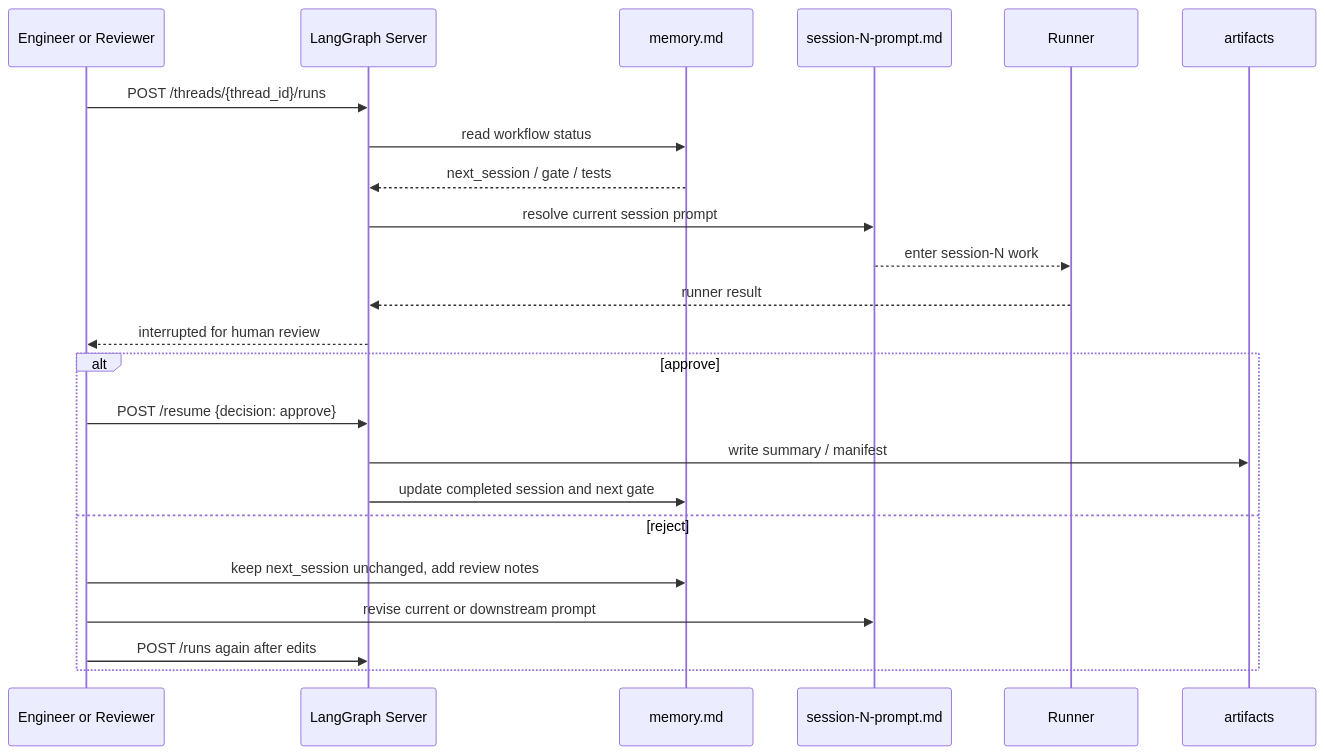
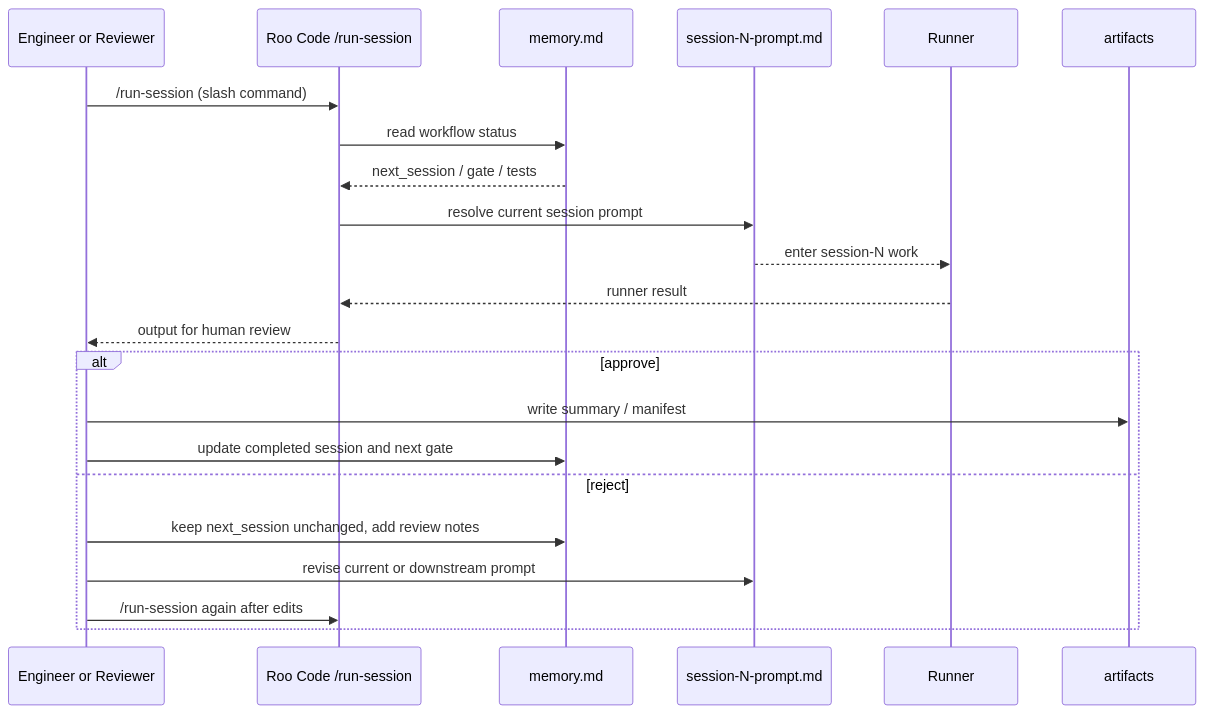
The sixth of 6 diagrams in docs/workflow-standard.md (qi9zg202-source/vibecodingworkflow), drawn with Mermaid before and after one commit. The commit also changed other lines of this file and 11 other files, not shown here.

````diff
--- a/docs/workflow-standard.md
+++ b/docs/workflow-standard.md
@@ -266,27 +286,26 @@
 ```mermaid
 sequenceDiagram
     participant U as Engineer or Reviewer
-    participant L as LangGraph Server
+    participant R as Roo Code /run-session
     participant M as memory.md
     participant P as session-N-prompt.md
     participant X as Runner
     participant A as artifacts
 
-    U->>L: POST /threads/{thread_id}/runs
-    L->>M: read workflow status
-    M-->>L: next_session / gate / tests
-    L->>P: resolve current session prompt
+    U->>R: /run-session (slash command)
+    R->>M: read workflow status
+    M-->>R: next_session / gate / tests
+    R->>P: resolve current session prompt
     P-->>X: enter session-N work
-    X-->>L: runner result
-    L-->>U: interrupted for human review
+    X-->>R: runner result
+    R-->>U: output for human review
 
     alt approve
-        U->>L: POST /resume {decision: approve}
-        L->>A: write summary / manifest
-        L->>M: update completed session and next gate
+        U->>A: write summary / manifest
+        U->>M: update completed session and next gate
     else reject
         U->>M: keep next_session unchanged, add review notes
         U->>P: revise current or downstream prompt
-        U->>L: POST /runs again after edits
+        U->>R: /run-session again after edits
     end
 ```
````
